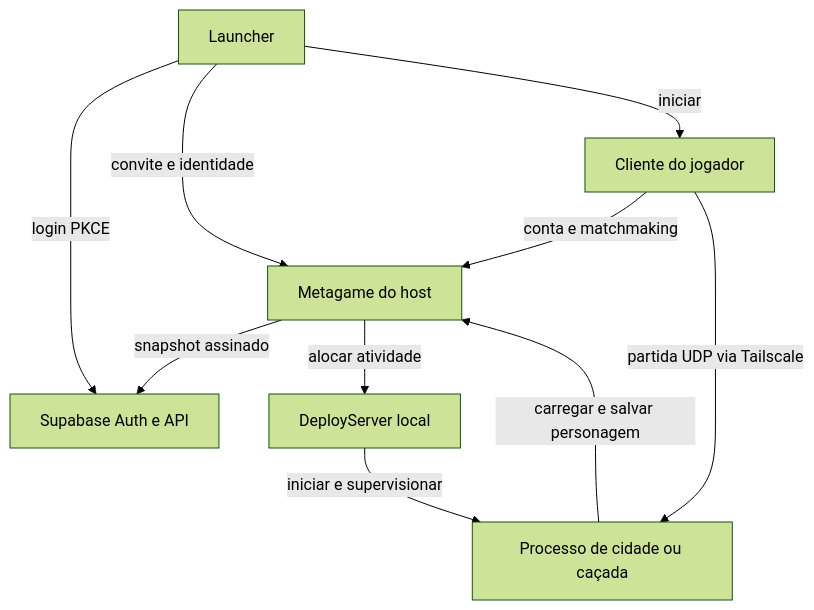
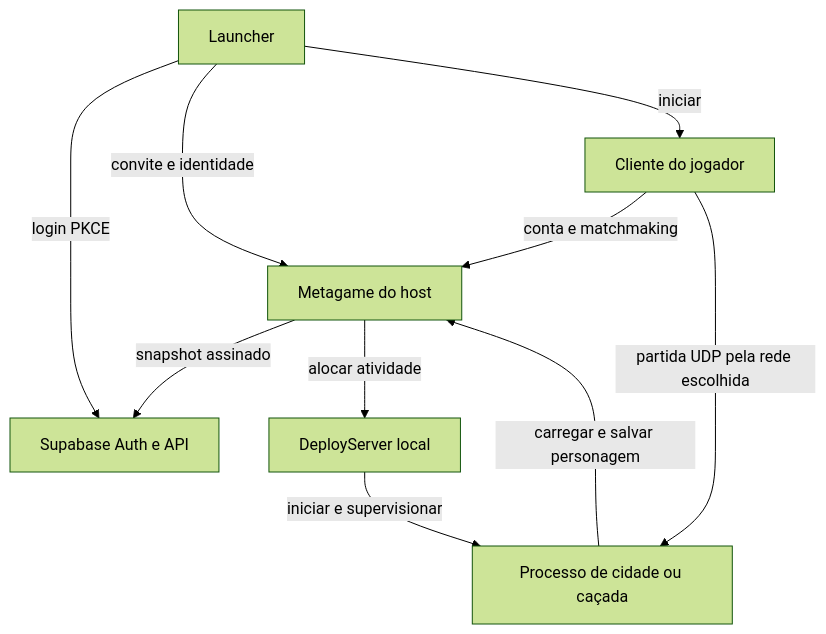
One commit to Fenysx/Dauntless-Fenys changed the diagram in docs/ARQUITETURA.md. Above: the diagram before and after it, drawn with Mermaid (forest theme). The commit also changed other lines of this file and 33 other files, not shown here.

````diff
--- a/docs/ARQUITETURA.md
+++ b/docs/ARQUITETURA.md
@@ -15,12 +15,12 @@
 ```mermaid
 flowchart TD
     L["Launcher"] -->|"login PKCE"| S["Supabase Auth e API"]
     L -->|"convite e identidade"| M["Metagame do host"]
     M -->|"snapshot assinado"| S
     M -->|"alocar atividade"| D["DeployServer local"]
     D -->|"iniciar e supervisionar"| G["Processo de cidade ou caçada"]
     L -->|"iniciar"| C["Cliente do jogador"]
     C -->|"conta e matchmaking"| M
-    C -->|"partida UDP via Tailscale"| G
+    C -->|"partida UDP pela rede escolhida"| G
     G -->|"carregar e salvar personagem"| M
 ```
````
